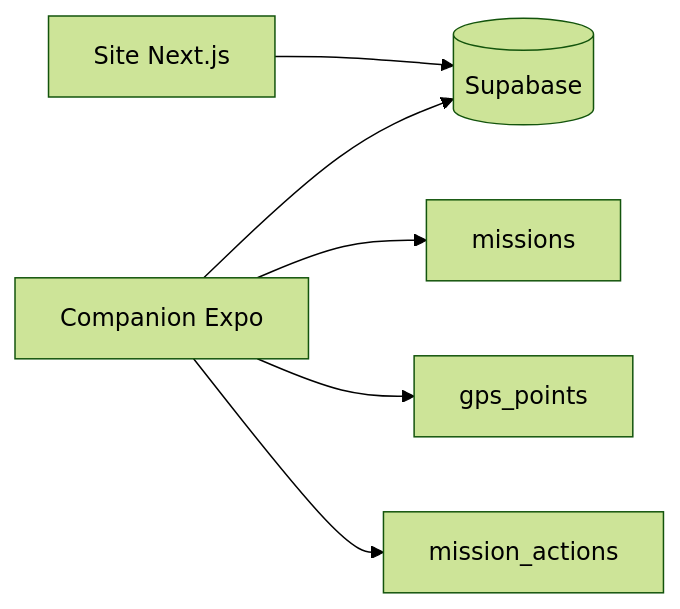
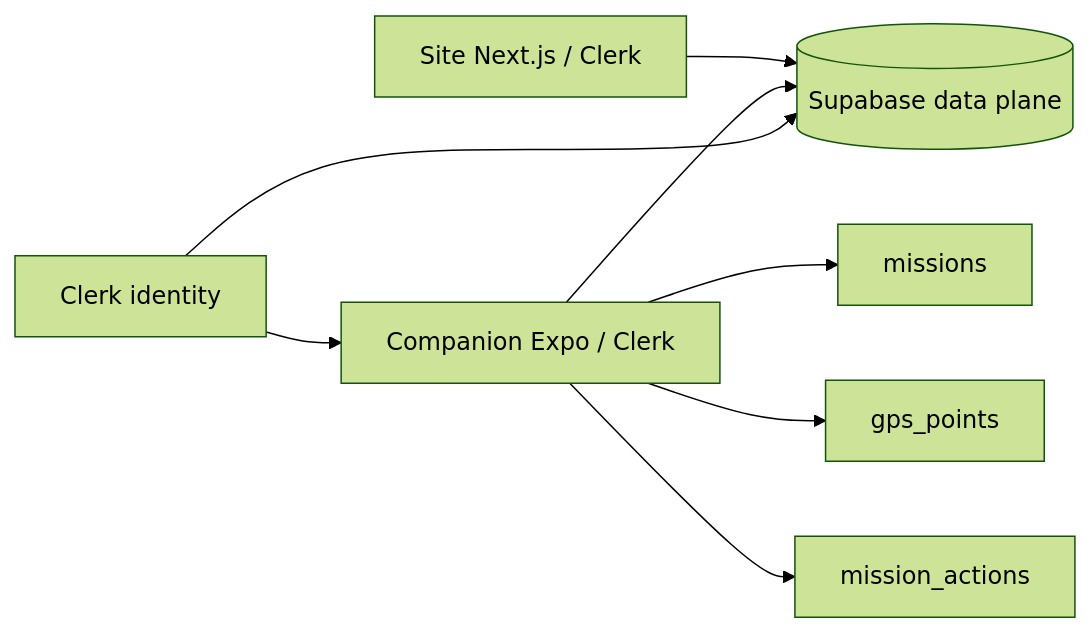
The diagram in companion-app/README.md (maxd4/CleanmyMap), drawn with Mermaid (forest theme) before and after one commit. The commit also changed other lines of this file and 11 other files, not shown here.

Commit message:
feat(companion): use Clerk as sole mobile identity

````diff
--- a/companion-app/README.md
+++ b/companion-app/README.md
@@ -47,8 +49,10 @@
 ```mermaid
 flowchart LR
-  WEB[Site Next.js] --> SB[(Supabase)]
-  APP[Companion Expo] --> SB
+  WEB[Site Next.js / Clerk] --> SB[(Supabase data plane)]
+  APP[Companion Expo / Clerk] --> SB
+  CLERK[Clerk identity] --> APP
+  CLERK --> SB
   APP --> MISSIONS[missions]
   APP --> GPS[gps_points]
   APP --> ACTIONS[mission_actions]
 ```
````
